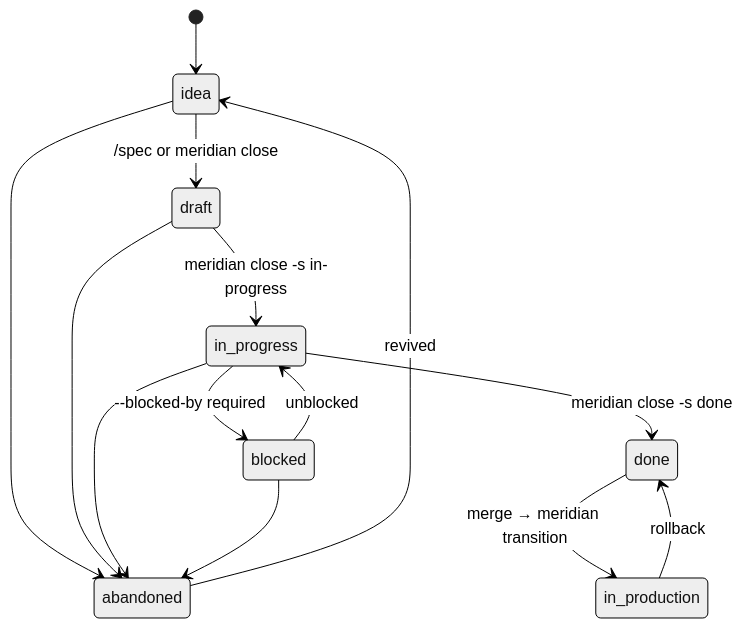
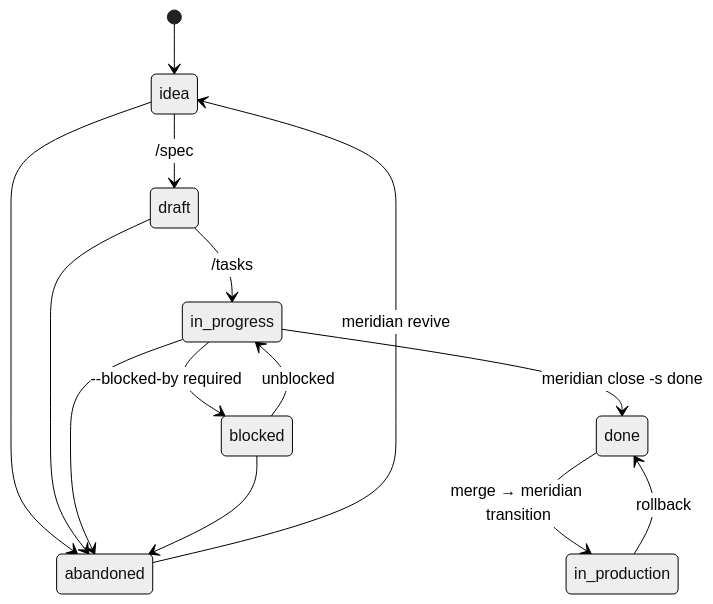
The second of 2 diagrams in README.md (Tomkess/meridian), drawn with Mermaid (neutral theme) before and after one commit. The commit also changed other lines of this file and 1 other file, not shown here.

````diff
--- a/README.md
+++ b/README.md
@@ -70,16 +114,16 @@
 ```mermaid
 stateDiagram-v2
     [*] --> idea
-    idea --> draft : /spec or meridian close
-    draft --> in_progress : meridian close -s in-progress
+    idea --> draft : /spec
+    draft --> in_progress : /tasks
     in_progress --> blocked : --blocked-by required
     blocked --> in_progress : unblocked
     in_progress --> done : meridian close -s done
     done --> in_production : merge → meridian transition
     in_production --> done : rollback
     idea --> abandoned
     draft --> abandoned
     in_progress --> abandoned
     blocked --> abandoned
-    abandoned --> idea : revived
+    abandoned --> idea : meridian revive
 ```
````
